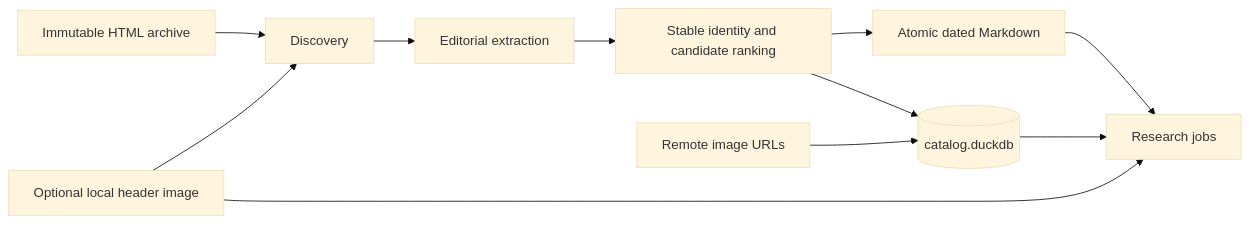
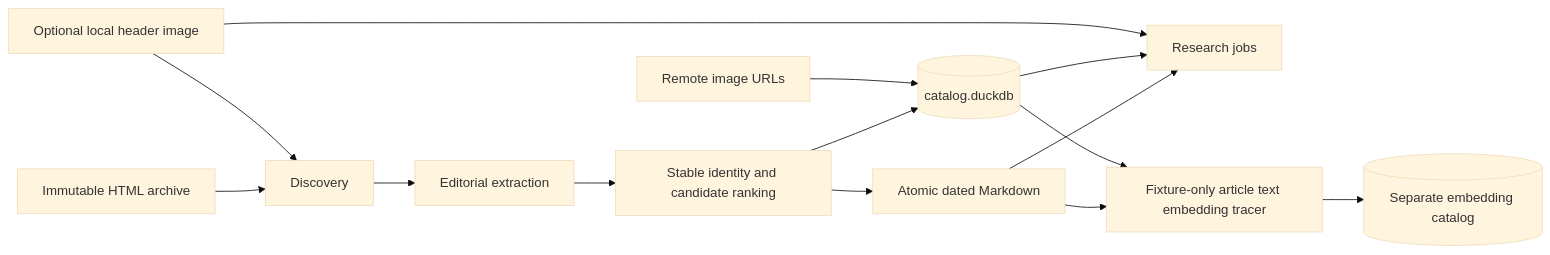
Before and after one commit to williserdman/impact_of_visual_media: the first of 2 diagrams in docs/architecture-crash-course.md, drawn with Mermaid (base theme). The commit also changed other lines of this file and 6 other files, not shown here.

````diff
--- a/docs/architecture-crash-course.md
+++ b/docs/architecture-crash-course.md
@@ -28,13 +36,16 @@
 ```mermaid
 flowchart LR
     A[Immutable HTML archive] --> B[Discovery]
     H[Optional local header image] --> B
     B --> C[Editorial extraction]
     C --> D[Stable identity and candidate ranking]
     D --> E[Atomic dated Markdown]
     D --> F[(catalog.duckdb)]
     E --> R[Research jobs]
     F --> R
     H --> R
     U[Remote image URLs] --> F
+    E --> T[Fixture-only article text embedding tracer]
+    F --> T
+    T --> G[(Separate embedding catalog)]
 ```
````
